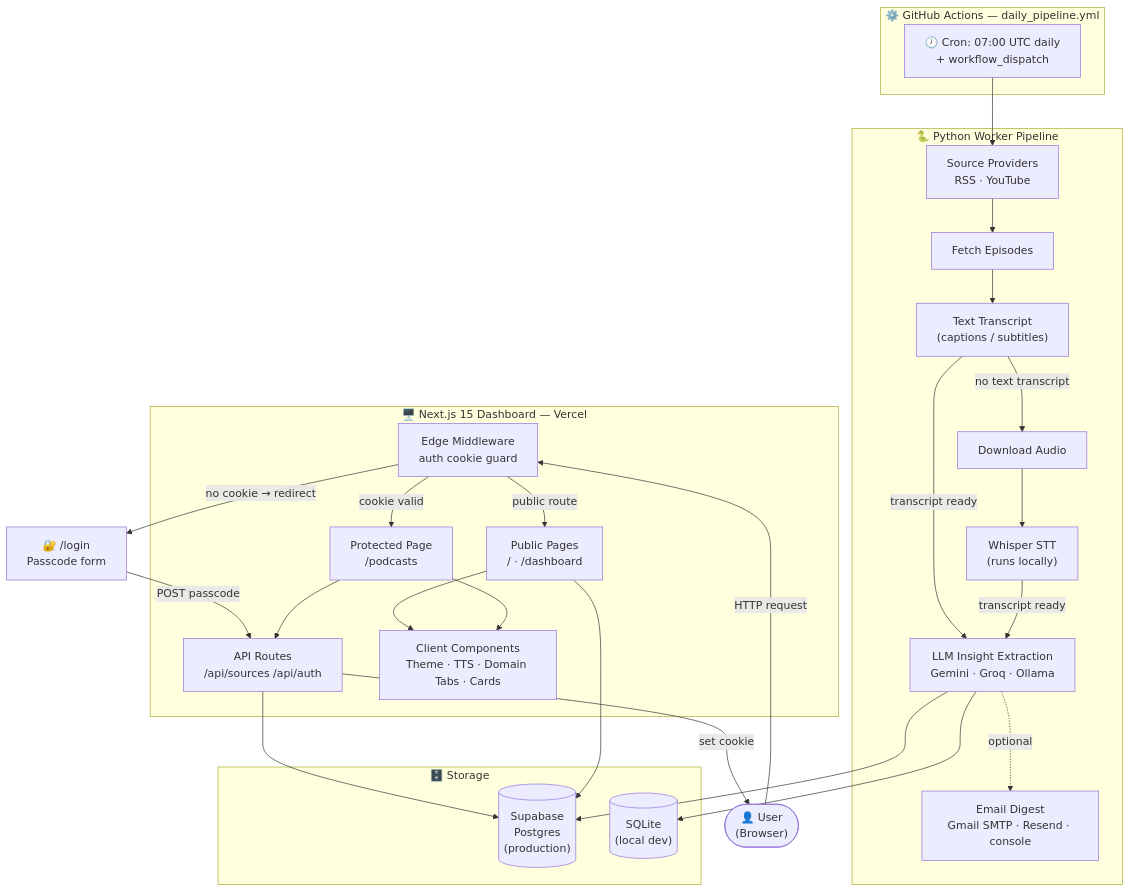
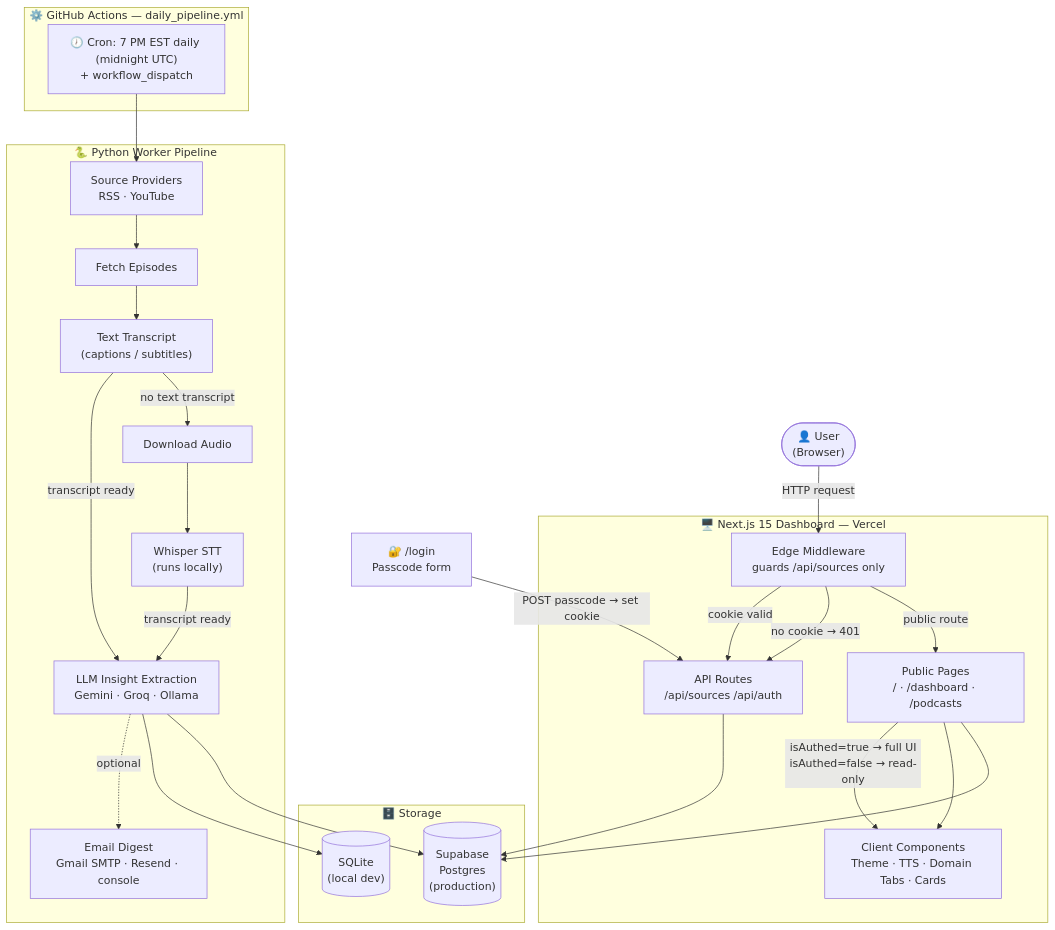
Before and after one commit to vtghub/PodcastsSummarizer: the diagram in docs/architecture.md, drawn with Mermaid. The commit also changed other lines of this file and 3 other files, not shown here.

First line of the commit message:
docs: update architecture, workflow diagrams and README for latest changes

````diff
--- a/docs/architecture.md
+++ b/docs/architecture.md
@@ -3,57 +3,54 @@
 ```mermaid
 graph TB
     subgraph CI["⚙️ GitHub Actions — daily_pipeline.yml"]
-        CRON["🕖 Cron: 07:00 UTC daily\n+ workflow_dispatch"]
+        CRON["🕖 Cron: 7 PM EST daily (midnight UTC)\n+ workflow_dispatch"]
     end
 
     subgraph PIPELINE["🐍 Python Worker Pipeline"]
         SRC["Source Providers\nRSS · YouTube"]
         FETCH["Fetch Episodes"]
         TXT["Text Transcript\n(captions / subtitles)"]
         AUDIO["Download Audio"]
         WHISPER["Whisper STT\n(runs locally)"]
         LLM["LLM Insight Extraction\nGemini · Groq · Ollama"]
         EMAIL["Email Digest\nGmail SMTP · Resend · console"]
     end
 
     subgraph STORE["🗄️ Storage"]
         DB[("Supabase\nPostgres\n(production)")]
         LITE[("SQLite\n(local dev)")]
     end
 
     subgraph DASH["🖥️ Next.js 15 Dashboard — Vercel"]
-        MW["Edge Middleware\nauth cookie guard"]
-        PUB["Public Pages\n/ · /dashboard"]
-        PROT["Protected Page\n/podcasts"]
+        MW["Edge Middleware\nguards /api/sources only"]
+        PUB["Public Pages\n/ · /dashboard · /podcasts"]
         API["API Routes\n/api/sources  /api/auth"]
         UI["Client Components\nTheme · TTS · Domain Tabs · Cards"]
     end
 
     LOGIN["🔐 /login\nPasscode form"]
     USER(["👤 User\n(Browser)"])
 
     %% Pipeline flow
     CRON --> SRC
     SRC --> FETCH
     FETCH --> TXT
     TXT -->|"no text transcript"| AUDIO
     AUDIO --> WHISPER
     TXT -->|"transcript ready"| LLM
     WHISPER -->|"transcript ready"| LLM
     LLM --> DB
     LLM --> LITE
     LLM -.->|"optional"| EMAIL
 
     %% Dashboard flow
     USER -->|"HTTP request"| MW
     MW -->|"public route"| PUB
-    MW -->|"cookie valid"| PROT
-    MW -->|"no cookie → redirect"| LOGIN
-    LOGIN -->|"POST passcode"| API
-    API -->|"set cookie"| USER
-    PROT --> API
+    MW -->|"no cookie → 401"| API
+    MW -->|"cookie valid"| API
+    LOGIN -->|"POST passcode → set cookie"| API
     API --> DB
     PUB --> DB
     PUB --> UI
-    PROT --> UI
+    PUB -->|"isAuthed=true → full UI\nisAuthed=false → read-only"| UI
 ```
````
